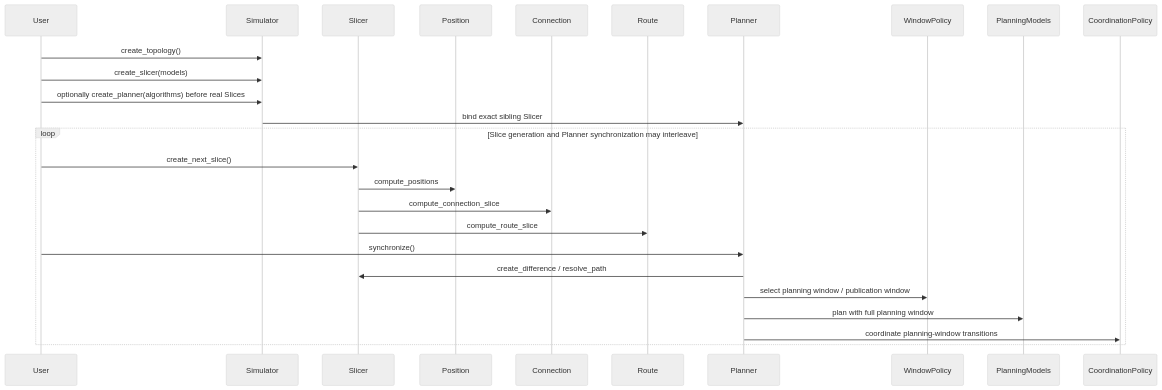
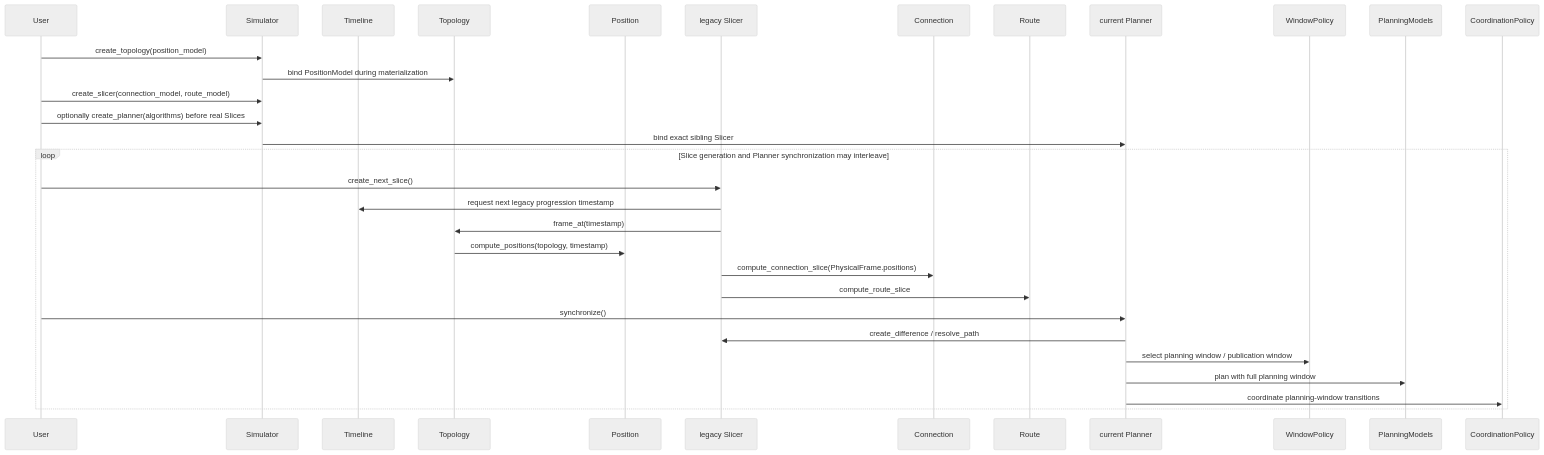
The second of 2 diagrams in skyseed_v2/docs/human-readable/simulator-chain.md (seed-labs/skyseed), drawn with Mermaid (neutral theme) before and after one commit. The commit also changed other lines of this file and 94 other files, not shown here.

Commit message:
feat: establish topology physical frame foundation

````diff
--- a/skyseed_v2/docs/human-readable/simulator-chain.md
+++ b/skyseed_v2/docs/human-readable/simulator-chain.md
@@ -28,28 +46,33 @@
 ```mermaid
 sequenceDiagram
     participant User
     participant Simulator
-    participant Slicer
+    participant Timeline
+    participant Topology
     participant Position
+    participant Slicer as legacy Slicer
     participant Connection
     participant Route
-    participant Planner
+    participant Planner as current Planner
     participant WindowPolicy
     participant PlanningModels
     participant CoordinationPolicy
-    User->>Simulator: create_topology()
-    User->>Simulator: create_slicer(models)
+    User->>Simulator: create_topology(position_model)
+    Simulator->>Topology: bind PositionModel during materialization
+    User->>Simulator: create_slicer(connection_model, route_model)
     User->>Simulator: optionally create_planner(algorithms) before real Slices
     Simulator->>Planner: bind exact sibling Slicer
     loop Slice generation and Planner synchronization may interleave
         User->>Slicer: create_next_slice()
-        Slicer->>Position: compute_positions
-        Slicer->>Connection: compute_connection_slice
+        Slicer->>Timeline: request next legacy progression timestamp
+        Slicer->>Topology: frame_at(timestamp)
+        Topology->>Position: compute_positions(topology, timestamp)
+        Slicer->>Connection: compute_connection_slice(PhysicalFrame.positions)
         Slicer->>Route: compute_route_slice
         User->>Planner: synchronize()
         Planner->>Slicer: create_difference / resolve_path
         Planner->>WindowPolicy: select planning window / publication window
         Planner->>PlanningModels: plan with full planning window
         Planner->>CoordinationPolicy: coordinate planning-window transitions
     end
 ```
````
